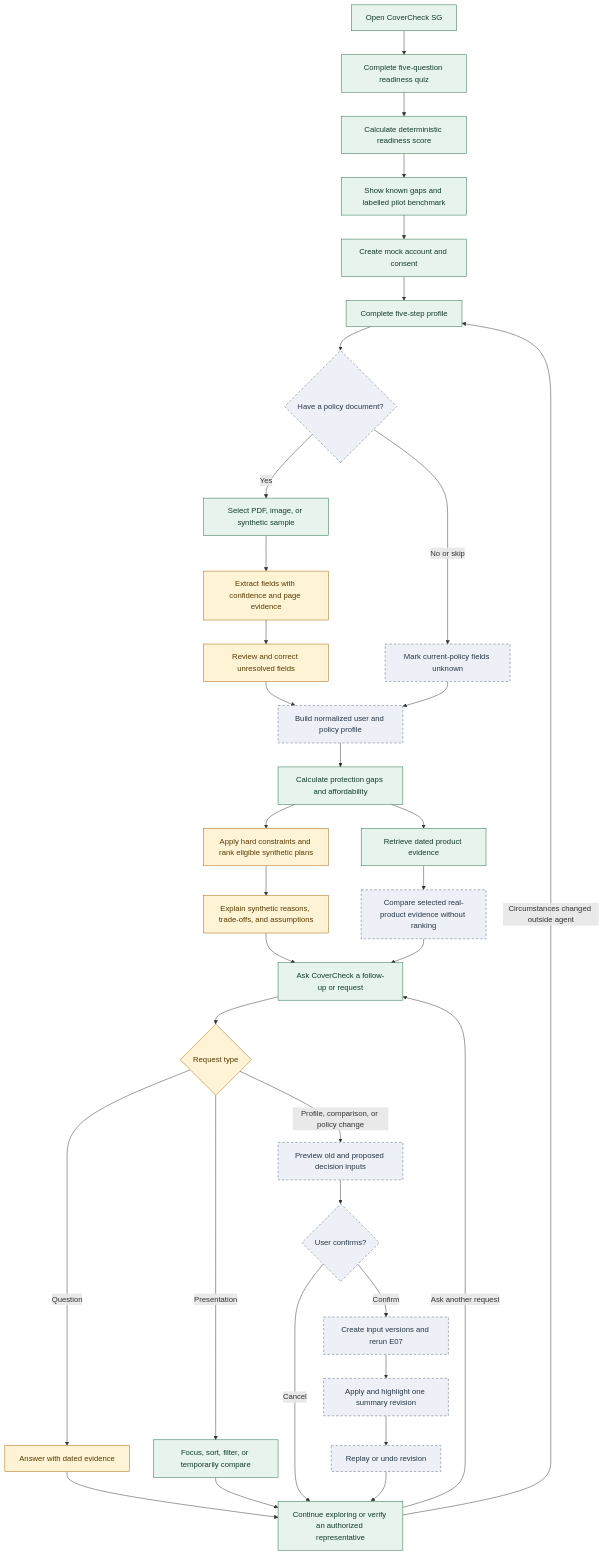
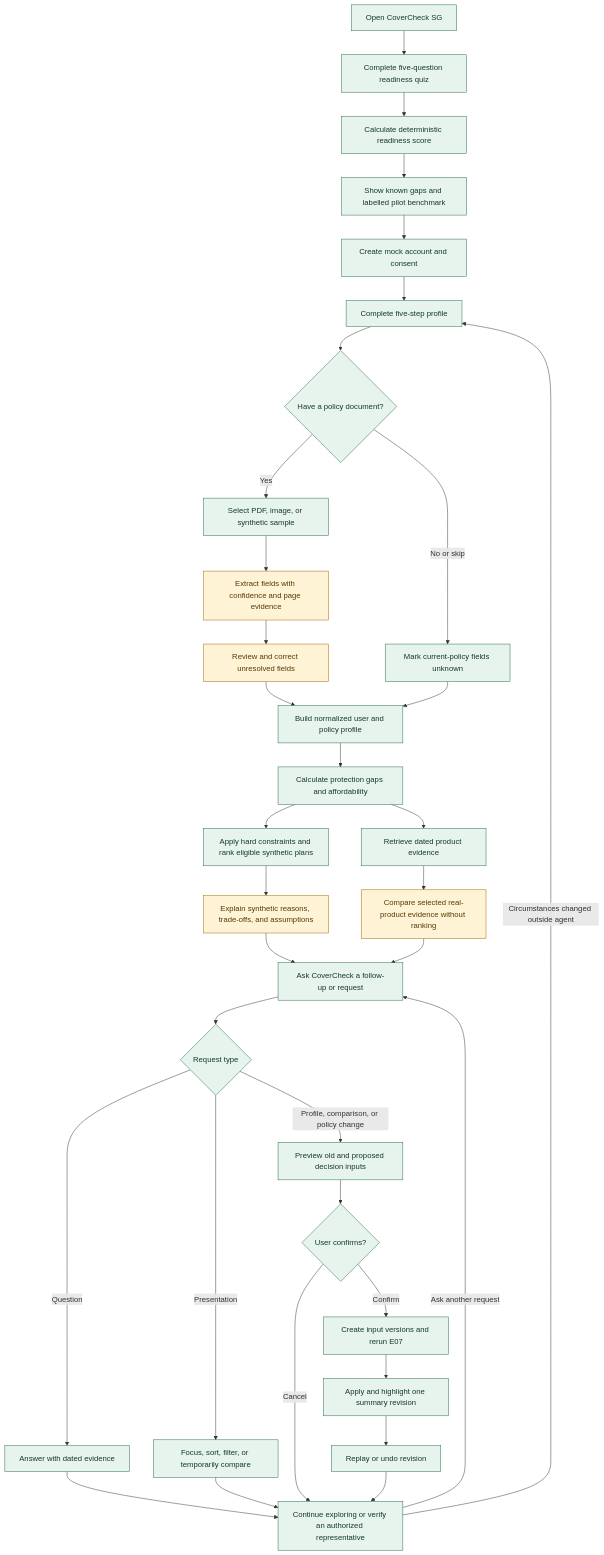
Before and after one commit to dgxy2002/sn-hackathon: the diagram in docs/diagrams/workflow.md, drawn with Mermaid. The commit also changed other lines of this file and 24 other files, not shown here.

````diff
--- a/docs/diagrams/workflow.md
+++ b/docs/diagrams/workflow.md
@@ -5,50 +5,49 @@
 ```mermaid
 flowchart TD
     A[Open CoverCheck SG]
     B[Complete five-question readiness quiz]
     C[Calculate deterministic readiness score]
     D[Show known gaps and labelled pilot benchmark]
     E[Create mock account and consent]
     F[Complete five-step profile]
     G{Have a policy document?}
     H[Select PDF, image, or synthetic sample]
     I[Extract fields with confidence and page evidence]
     J[Review and correct unresolved fields]
     K[Build normalized user and policy profile]
     L[Calculate protection gaps and affordability]
     M[Retrieve dated product evidence]
     M1[Compare selected real-product evidence without ranking]
     N[Apply hard constraints and rank eligible synthetic plans]
     O[Explain synthetic reasons, trade-offs, and assumptions]
     P[Ask CoverCheck a follow-up or request]
     S{Request type}
     T[Answer with dated evidence]
     U[Focus, sort, filter, or temporarily compare]
     V[Preview old and proposed decision inputs]
     W{User confirms?}
     X[Create input versions and rerun E07]
     Y[Apply and highlight one summary revision]
     Z[Replay or undo revision]
     Q[Continue exploring or verify an authorized representative]
 
     A --> B --> C --> D --> E --> F --> G
     G -- Yes --> H --> I --> J --> K
     G -- No or skip --> R[Mark current-policy fields unknown] --> K
     K --> L
     L --> N --> O --> P --> S
     L --> M --> M1 --> P
     S -- Question --> T --> Q
     S -- Presentation --> U --> Q
     S -- Profile, comparison, or policy change --> V --> W
     W -- Cancel --> Q
     W -- Confirm --> X --> Y --> Z --> Q
     Q -- Ask another request --> P
     Q -- Circumstances changed outside agent --> F
 
     classDef implemented fill:#e7f4ed,stroke:#246b45,color:#123b28;
     classDef simulated fill:#fff3d6,stroke:#a66500,color:#573900;
     classDef planned fill:#edf1f7,stroke:#53657d,color:#263545,stroke-dasharray: 5 4;
-    class A,B,C,D,E,F,H,L,M,P,U,Q implemented;
-    class I,J,N,O,S,T simulated;
-    class G,K,M1,R,V,W,X,Y,Z planned;
+    class A,B,C,D,E,F,G,H,K,L,M,N,P,Q,R,S,T,U,V,W,X,Y,Z implemented;
+    class I,J,O,M1 simulated;
 ```
````
